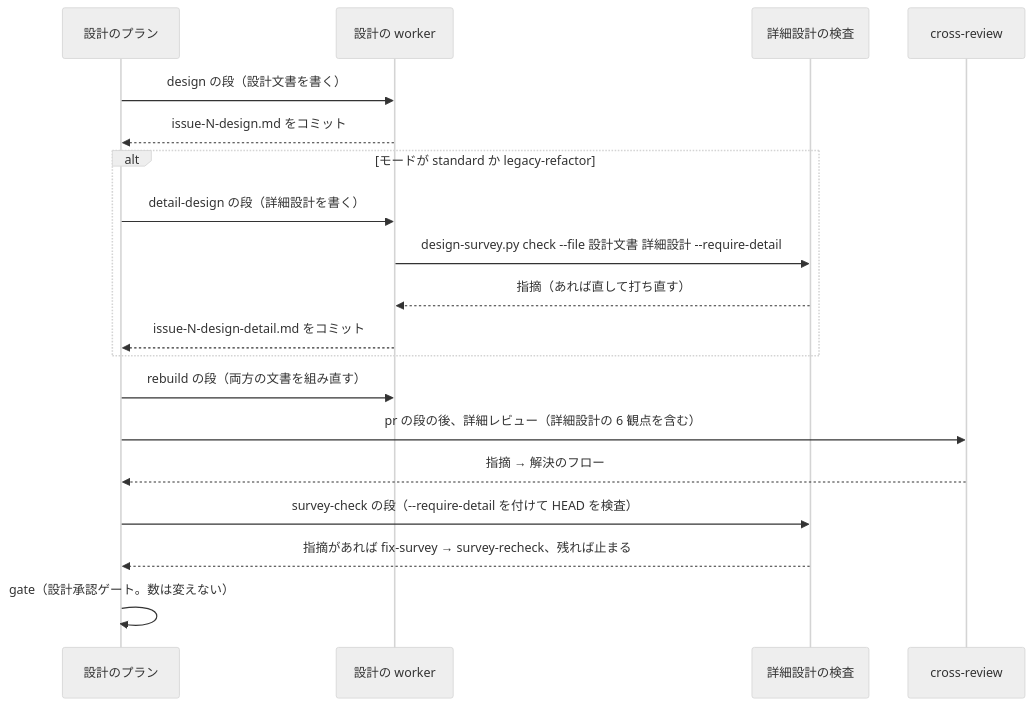
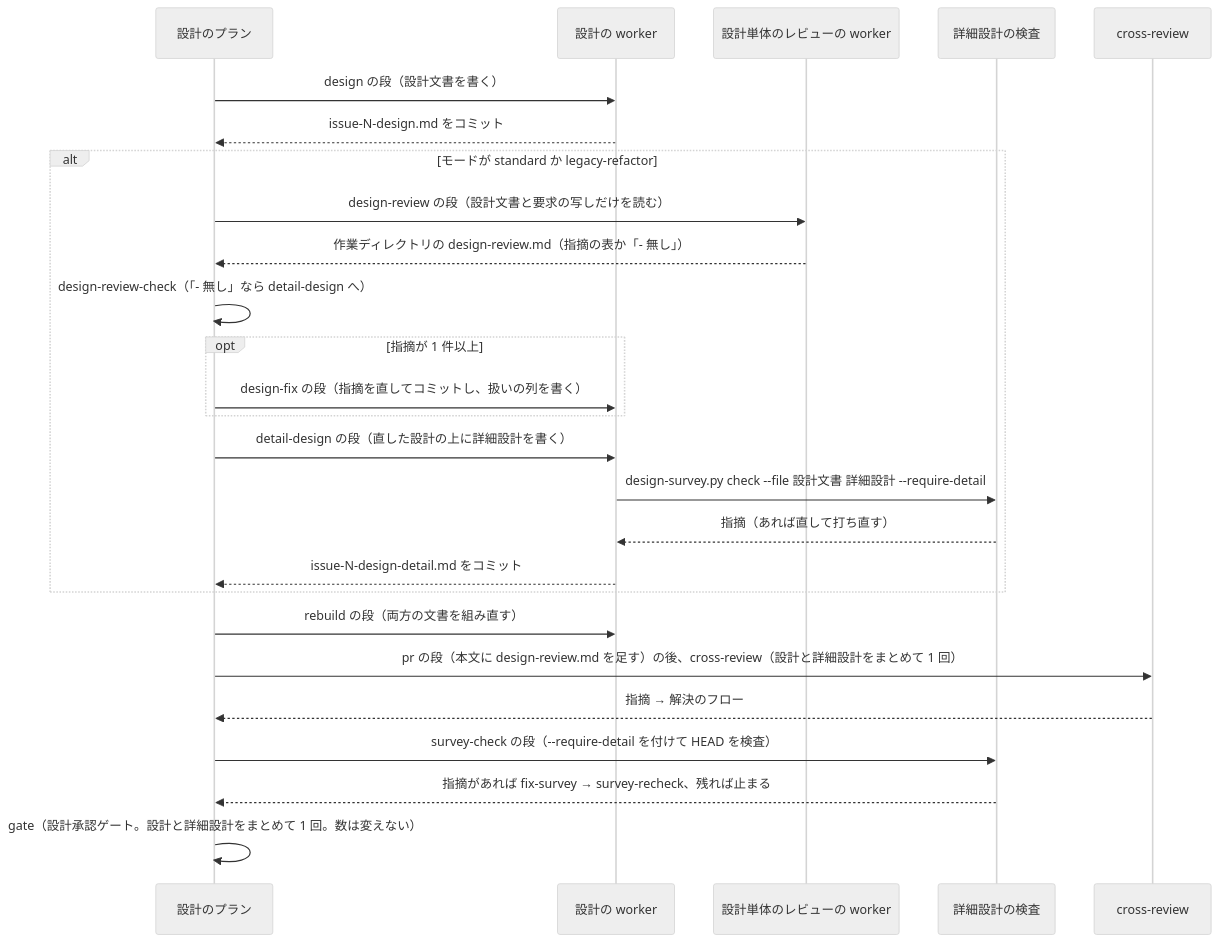
One commit to devbasex/ai-plugins changed the third of 3 diagrams in issues/issue-3144-design.md. Above: the diagram before and after it, drawn with Mermaid (neutral theme). The commit also changed other lines of this file and 2 other files, not shown here.

````diff
--- a/issues/issue-3144-design.md
+++ b/issues/issue-3144-design.md
@@ -276,21 +296,28 @@
 ```mermaid
 sequenceDiagram
     participant P as 設計のプラン
     participant W as 設計の worker
+    participant A as 設計単体のレビューの worker
     participant K as 詳細設計の検査
     participant R as cross-review
     P->>W: design の段（設計文書を書く）
     W-->>P: issue-N-design.md をコミット
     alt モードが standard か legacy-refactor
-        P->>W: detail-design の段（詳細設計を書く）
+        P->>A: design-review の段（設計文書と要求の写しだけを読む）
+        A-->>P: 作業ディレクトリの design-review.md（指摘の表か「- 無し」）
+        P->>P: design-review-check（「- 無し」なら detail-design へ）
+        opt 指摘が 1 件以上
+            P->>W: design-fix の段（指摘を直してコミットし、扱いの列を書く）
+        end
+        P->>W: detail-design の段（直した設計の上に詳細設計を書く）
         W->>K: design-survey.py check --file 設計文書 詳細設計 --require-detail
         K-->>W: 指摘（あれば直して打ち直す）
         W-->>P: issue-N-design-detail.md をコミット
     end
     P->>W: rebuild の段（両方の文書を組み直す）
-    P->>R: pr の段の後、詳細レビュー（詳細設計の 6 観点を含む）
+    P->>R: pr の段（本文に design-review.md を足す）の後、cross-review（設計と詳細設計をまとめて 1 回）
     R-->>P: 指摘 → 解決のフロー
     P->>K: survey-check の段（--require-detail を付けて HEAD を検査）
     K-->>P: 指摘があれば fix-survey → survey-recheck、残れば止まる
-    P->>P: gate（設計承認ゲート。数は変えない）
+    P->>P: gate（設計承認ゲート。設計と詳細設計をまとめて 1 回。数は変えない）
 ```
````
